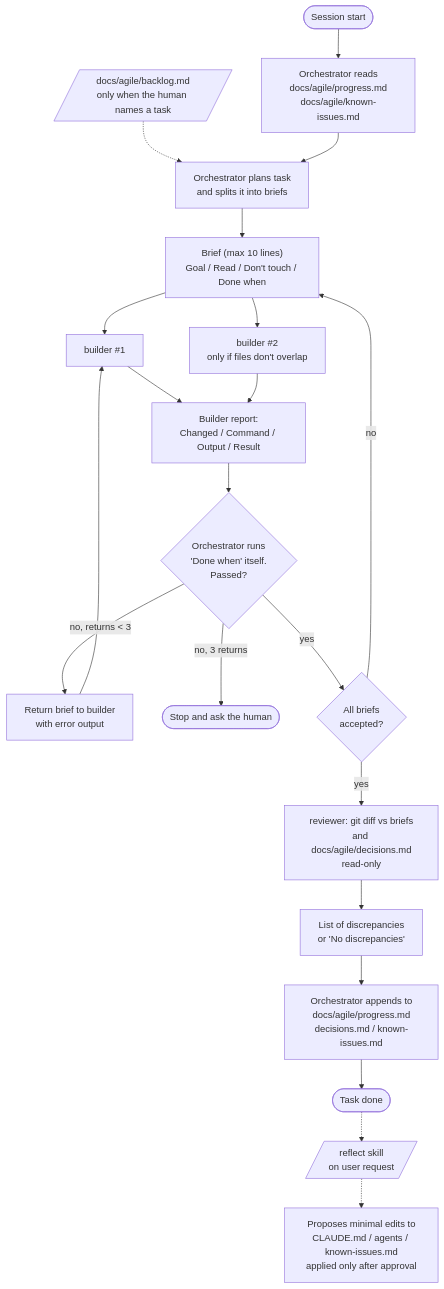
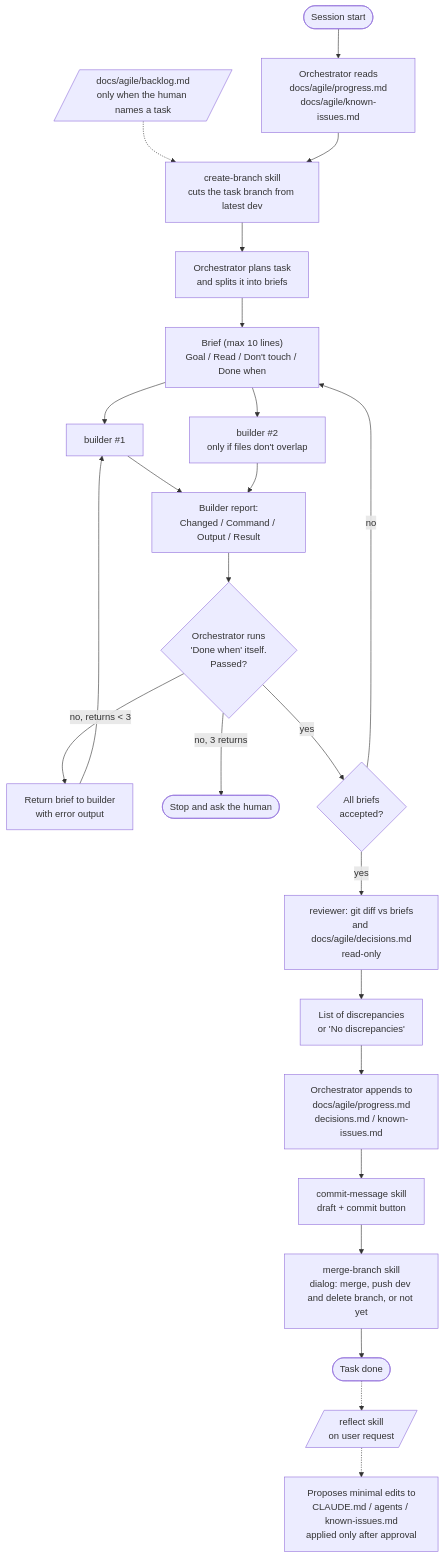
One commit to roman-ua89/remindme changed the diagram in docs/orchestrator.md. Above: the diagram before and after it, drawn with Mermaid. The commit also changed other lines of this file and 6 other files, not shown here.

First line of the commit message:
[8] Rename branch names and add branch skills

````diff
--- a/docs/orchestrator.md
+++ b/docs/orchestrator.md
@@ -8,23 +8,26 @@
 ```mermaid
 flowchart TD
-    BL[/docs/agile/backlog.md<br/>only when the human names a task/] -.-> C
+    BL[/docs/agile/backlog.md<br/>only when the human names a task/] -.-> BR
     A([Session start]) --> B[Orchestrator reads<br/>docs/agile/progress.md<br/>docs/agile/known-issues.md]
-    B --> C[Orchestrator plans task<br/>and splits it into briefs]
+    B --> BR[create-branch skill<br/>cuts the task branch from latest dev]
+    BR --> C[Orchestrator plans task<br/>and splits it into briefs]
     C --> D["Brief (max 10 lines)<br/>Goal / Read / Don't touch / Done when"]
     D --> E1[builder #1]
     D --> E2[builder #2<br/>only if files don't overlap]
     E1 --> F[Builder report:<br/>Changed / Command / Output / Result]
     E2 --> F
     F --> G{Orchestrator runs<br/>'Done when' itself.<br/>Passed?}
     G -- no, returns < 3 --> H[Return brief to builder<br/>with error output]
     H --> E1
     G -- no, 3 returns --> I([Stop and ask the human])
     G -- yes --> J{All briefs<br/>accepted?}
     J -- no --> D
     J -- yes --> K[reviewer: git diff vs briefs<br/>and docs/agile/decisions.md<br/>read-only]
     K --> L[List of discrepancies<br/>or 'No discrepancies']
     L --> M[Orchestrator appends to<br/>docs/agile/progress.md<br/>decisions.md / known-issues.md]
-    M --> N([Task done])
+    M --> CM[commit-message skill<br/>draft + commit button]
+    CM --> MB[merge-branch skill<br/>dialog: merge, push dev and delete branch, or not yet]
+    MB --> N([Task done])
     N -.-> O[/reflect skill<br/>on user request/]
     O -.-> P[Proposes minimal edits to<br/>CLAUDE.md / agents / known-issues.md<br/>applied only after approval]
 ```
````
